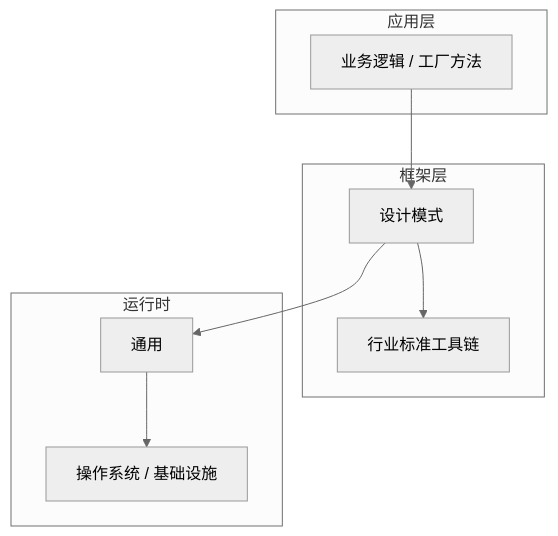
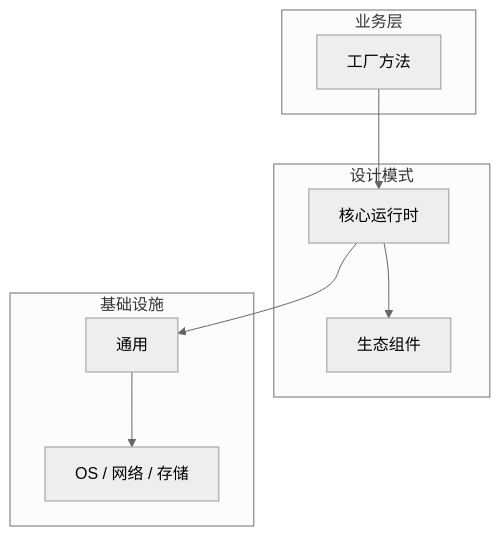
One commit to yanggan2015/knowledge-json-v2 changed the diagram in articles/设计模式/chapters/013-工厂方法核心概念与原理.md. Above: the diagram before and after it, drawn with Mermaid (neutral theme). The commit also changed other lines of this file and 10127 other files, not shown here.

````diff
--- a/articles/设计模式/chapters/013-工厂方法核心概念与原理.md
+++ b/articles/设计模式/chapters/013-工厂方法核心概念与原理.md
@@ -45,18 +34,18 @@
 ```mermaid
 graph TB
-    subgraph 应用层
-        A[业务逻辑 / 工厂方法]
+    subgraph 业务层
+        A[工厂方法]
     end
-    subgraph 框架层
-        B[设计模式]
-        C[行业标准工具链]
+    subgraph 设计模式
+        B[核心运行时]
+        C[生态组件]
     end
-    subgraph 运行时
+    subgraph 基础设施
         D[通用]
-        E[操作系统 / 基础设施]
+        E[OS / 网络 / 存储]
     end
     A --> B
     B --> C
     B --> D
     D --> E
 ```
````
